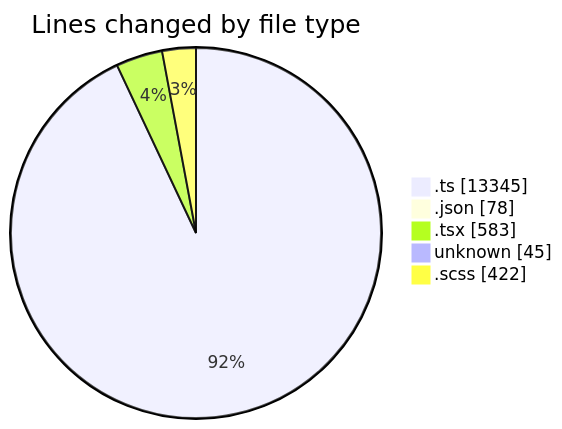
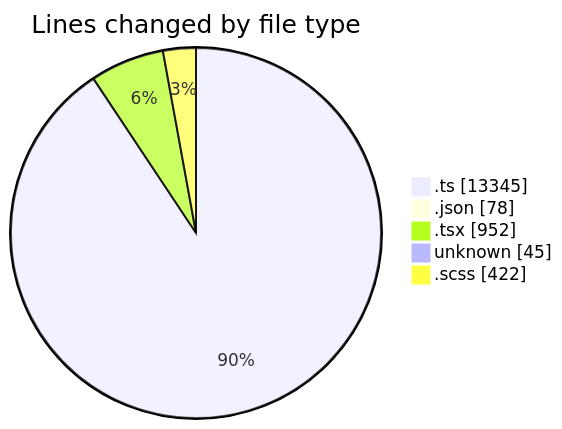
The first of 2 diagrams in 2025-08-29/cda/README.md (momahboobian/code-tracking), drawn with Mermaid before and after one commit. The commit also changed other lines of this file and 1 other file, not shown here.

````diff
--- a/2025-08-29/cda/README.md
+++ b/2025-08-29/cda/README.md
@@ -30,9 +30,9 @@
 ```mermaid
 pie showData
 title Lines changed by file type
 ".ts" : 13345
 ".json" : 78
-".tsx" : 583
+".tsx" : 952
 "unknown" : 45
 ".scss" : 422
 ```
````
